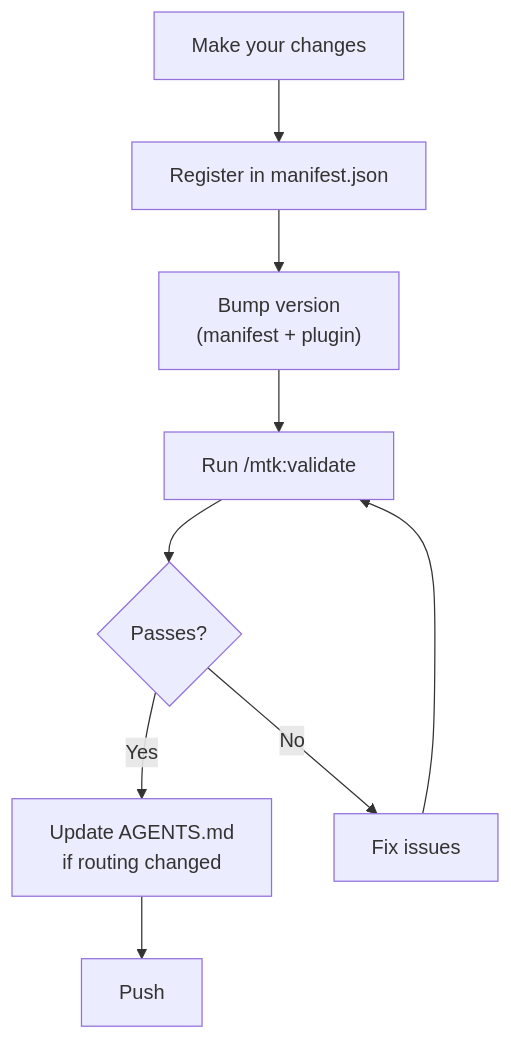
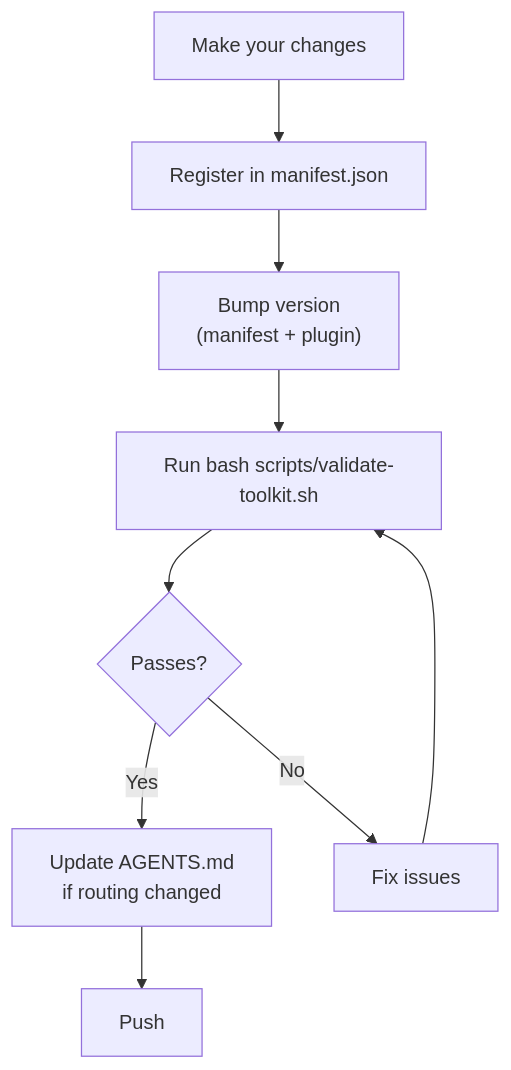
The third of 3 diagrams in CONTRIBUTING.md (moberghr/mtk-agent-toolkit), drawn with Mermaid before and after one commit. The commit also changed 18 other files, not shown here.

````diff
--- a/CONTRIBUTING.md
+++ b/CONTRIBUTING.md
@@ -148,10 +148,10 @@
 ```mermaid
 flowchart TD
     A["Make your changes"] --> B["Register in manifest.json"]
     B --> C["Bump version<br/>(manifest + plugin)"]
-    C --> D["Run /mtk:validate"]
+    C --> D["Run bash scripts/validate-toolkit.sh"]
     D --> E{"Passes?"}
     E -- Yes --> F["Update AGENTS.md<br/>if routing changed"]
     F --> G["Push"]
     E -- No --> H["Fix issues"] --> D
 ```
````
